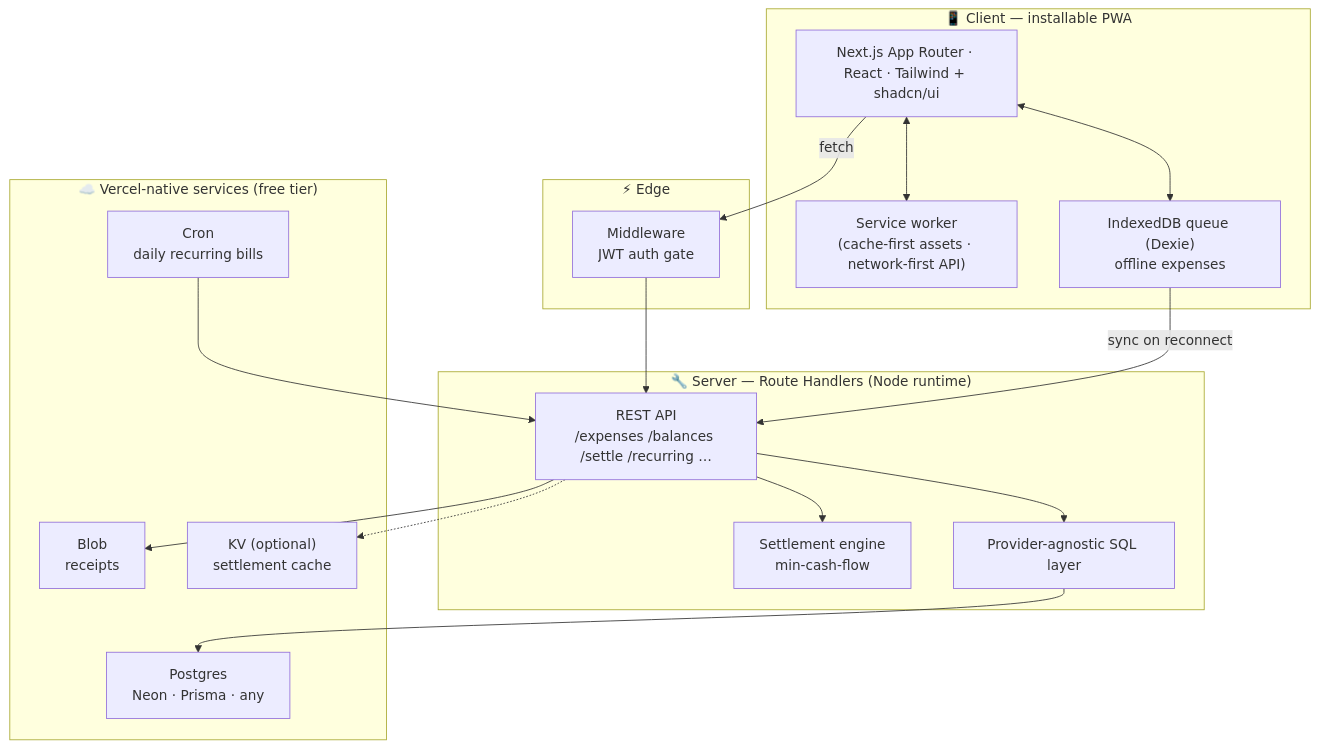
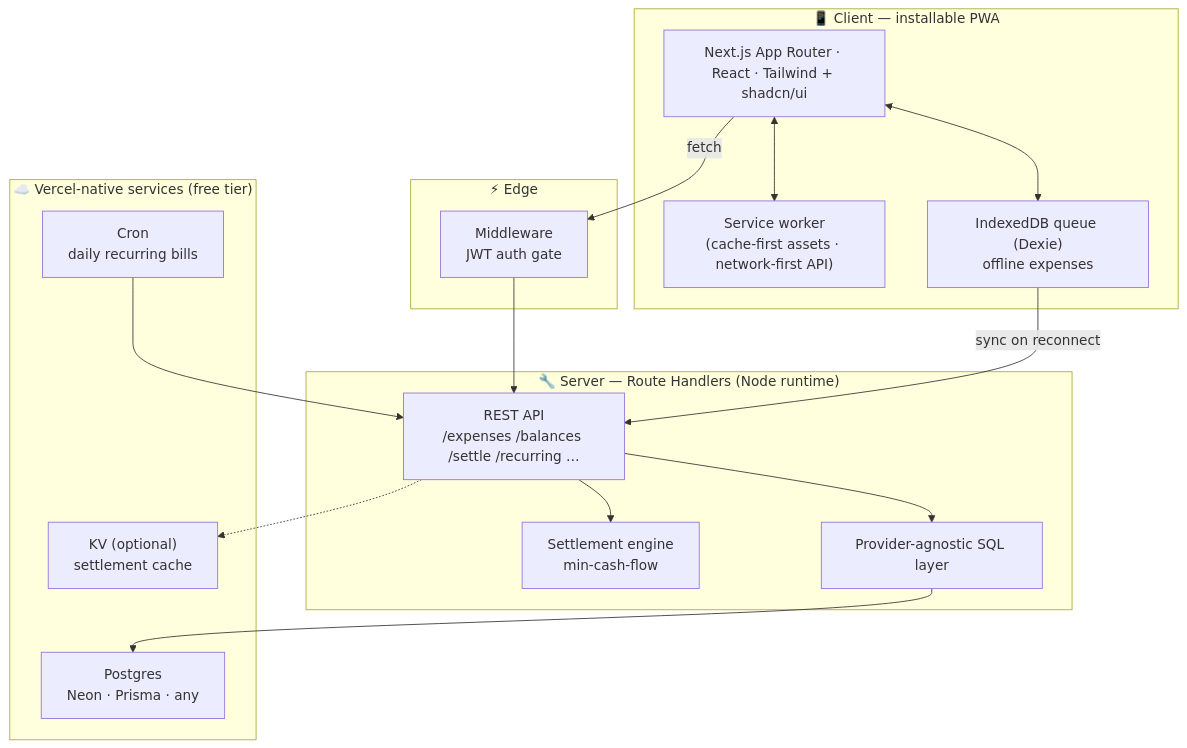
The diagram in README.md (taylordrew4u2/Bill-Spilt), drawn with Mermaid before and after one commit. The commit also changed other lines of this file and 14 other files, not shown here.

````diff
--- a/README.md
+++ b/README.md
@@ -95,35 +95,33 @@
 ```mermaid
 flowchart TD
     subgraph Client["📱 Client — installable PWA"]
         UI["Next.js App Router · React · Tailwind + shadcn/ui"]
         SW["Service worker<br/>(cache-first assets · network-first API)"]
         IDB["IndexedDB queue (Dexie)<br/>offline expenses"]
         UI <--> SW
         UI <--> IDB
     end
 
     subgraph Edge["⚡ Edge"]
         MW["Middleware<br/>JWT auth gate"]
     end
 
     subgraph Server["🔧 Server — Route Handlers (Node runtime)"]
         API["REST API<br/>/expenses /balances /settle /recurring …"]
         SET["Settlement engine<br/>min-cash-flow"]
         DB["Provider-agnostic SQL layer"]
     end
 
     subgraph Vercel["☁️ Vercel-native services (free tier)"]
         PG["Postgres<br/>Neon · Prisma · any"]
-        BLOB["Blob<br/>receipts"]
         KV["KV (optional)<br/>settlement cache"]
         CRON["Cron<br/>daily recurring bills"]
     end
 
     UI -->|fetch| MW --> API
     IDB -->|sync on reconnect| API
     API --> SET
     API --> DB --> PG
-    API --> BLOB
     API -.-> KV
     CRON --> API
 ```
````
